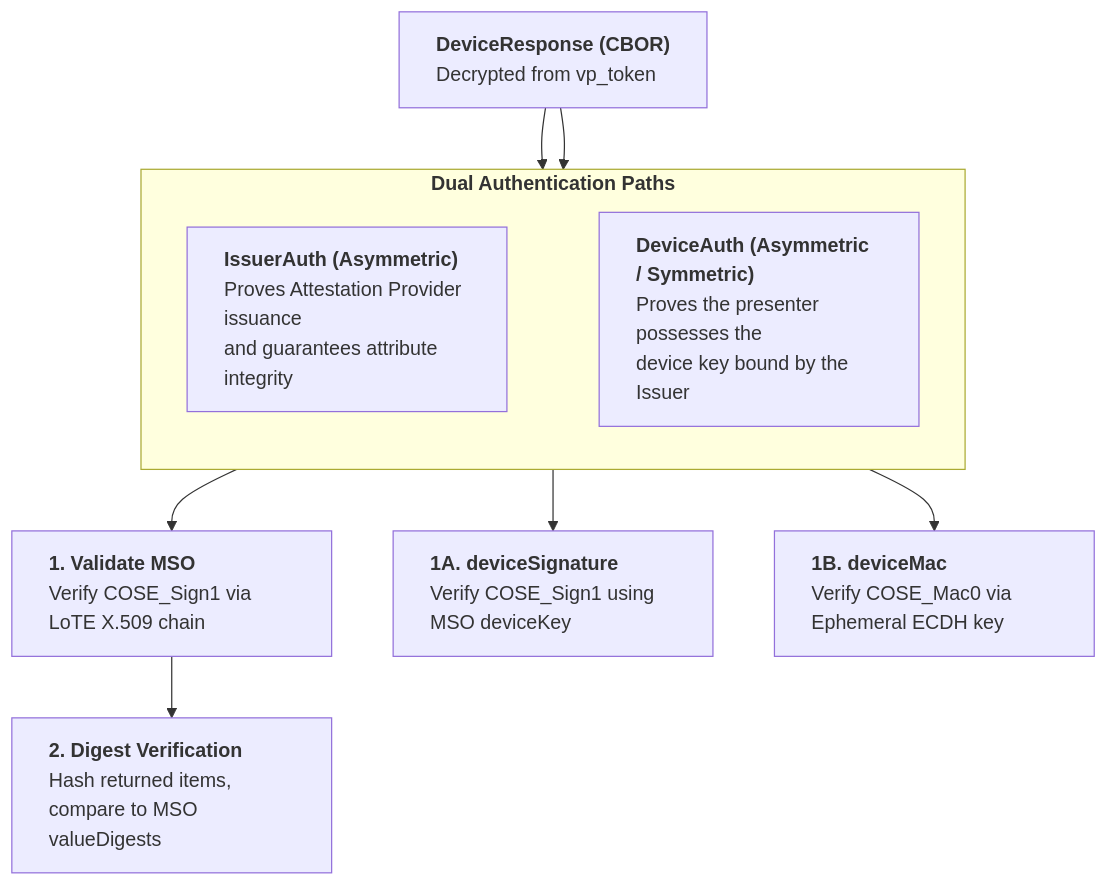
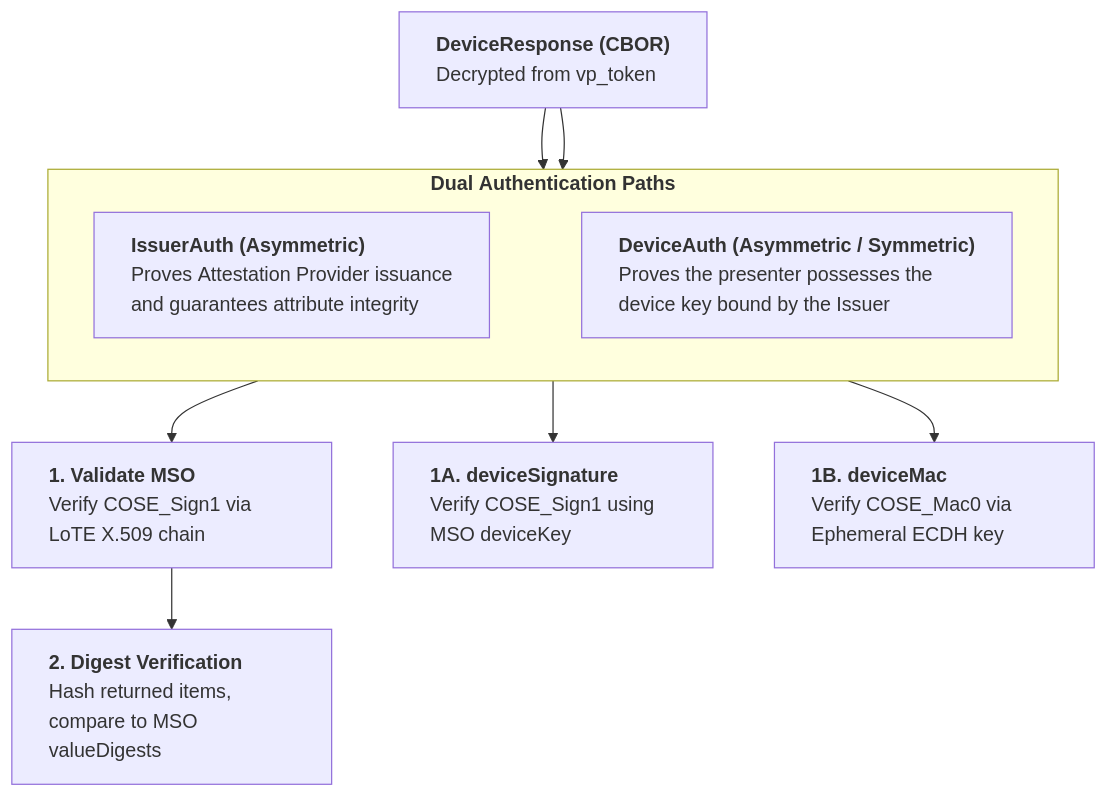
Before and after one commit to ivanstambuk/deep-research: diagram 15 of 27 in papers/DR-0002/DR-0002-eudi-wallet-relying-party-integration.md, drawn with Mermaid. The commit also changed other lines of this file and 2 other files, not shown here.

Commit message:
docs: fix rightmost actor in sequence diagrams and add guardrail

````diff
--- a/papers/DR-0002/DR-0002-eudi-wallet-relying-party-integration.md
+++ b/papers/DR-0002/DR-0002-eudi-wallet-relying-party-integration.md
@@ -2629,38 +2629,38 @@
 ```mermaid
 flowchart TD
-    DR["`**DeviceResponse (CBOR)**
-    Decrypted from vp_token`"]
+    DR["`**DeviceResponse&nbsp;(CBOR)**
+    Decrypted&nbsp;from&nbsp;vp_token`"]
 
-    subgraph Auth["`**Dual Authentication Paths**`"]
+    subgraph Auth["`**Dual&nbsp;Authentication&nbsp;Paths**`"]
         direction LR
-        IA["`**IssuerAuth (Asymmetric)**
-        Proves Attestation Provider issuance
-        and guarantees attribute integrity`"]
-        DA["`**DeviceAuth (Asymmetric / Symmetric)**
-        Proves the presenter possesses the
-        device key bound by the Issuer`"]
+        IA["`**IssuerAuth&nbsp;(Asymmetric)**
+        Proves&nbsp;Attestation&nbsp;Provider&nbsp;issuance
+        and&nbsp;guarantees&nbsp;attribute&nbsp;integrity`"]
+        DA["`**DeviceAuth&nbsp;(Asymmetric&nbsp;/&nbsp;Symmetric)**
+        Proves&nbsp;the&nbsp;presenter&nbsp;possesses&nbsp;the
+        device&nbsp;key&nbsp;bound&nbsp;by&nbsp;the&nbsp;Issuer`"]
         IA ~~~ DA
     end
 
     DR --> IA
     DR --> DA
 
     IA --> MSO["`**1. Validate MSO**
     Verify COSE_Sign1 via LoTE X.509 chain`"]
     MSO --> Dig["`**2. Digest Verification**
     Hash returned items, compare to MSO valueDigests`"]
 
     DA --> DS["`**1A. deviceSignature**
     Verify COSE_Sign1 using MSO deviceKey`"]
     
     DA --> DM["`**1B. deviceMac**
     Verify COSE_Mac0 via Ephemeral ECDH key`"]
 
     style DR text-align:left
     style IA text-align:left
     style DA text-align:left
     style MSO text-align:left
     style Dig text-align:left
     style DS text-align:left
     style DM text-align:left
 ```
````
